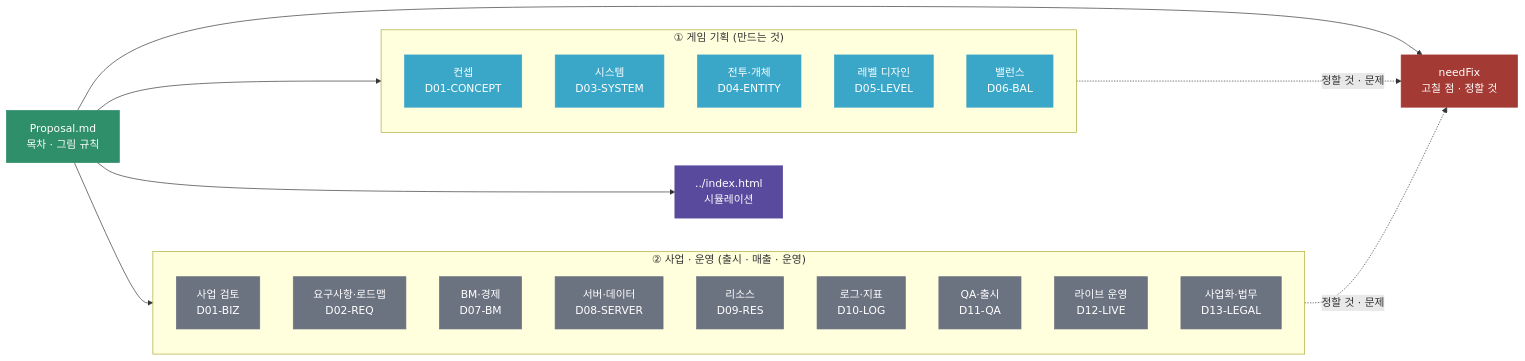
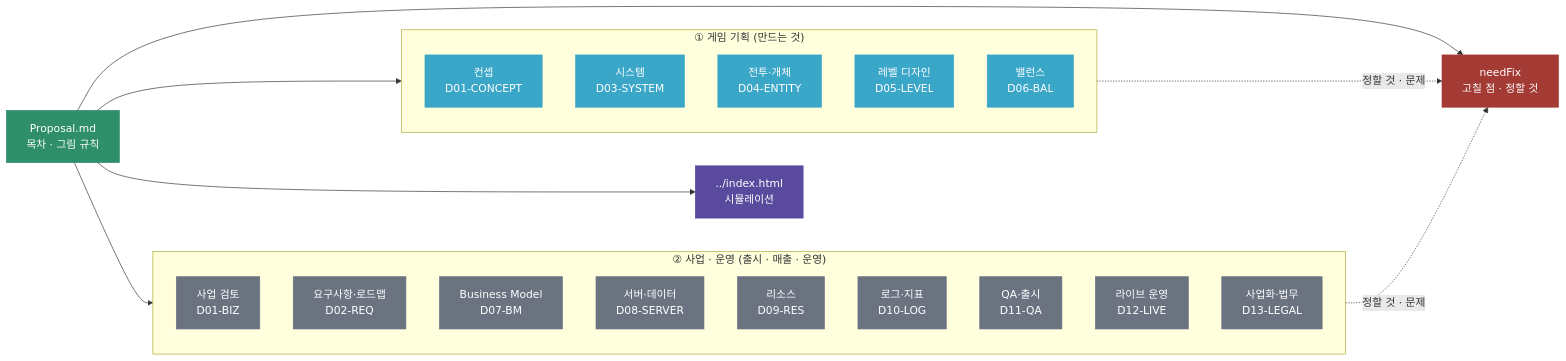
Before and after one commit to mijin1996/game-VR-Bowling: the diagram in docs/Proposal/Proposal.md, drawn with Mermaid. The commit also changed other lines of this file, not shown here.

Commit message:
docs(Proposal): 담당을 직무로, 관련 문서를 링크로, 용어 정리 (Business Model · 기획서 기준)

````diff
--- a/docs/Proposal/Proposal.md
+++ b/docs/Proposal/Proposal.md
@@ -38,37 +51,37 @@
 ```mermaid
 flowchart LR
   P["Proposal.md<br/>목차 · 그림 규칙"]:::scene
   subgraph G1["① 게임 기획 (만드는 것)"]
     direction TB
     D01_CONCEPT["컨셉<br/>D01-CONCEPT"]:::script
     D03_SYSTEM["시스템<br/>D03-SYSTEM"]:::script
     D04_ENTITY["전투·개체<br/>D04-ENTITY"]:::script
     D05_LEVEL["레벨 디자인<br/>D05-LEVEL"]:::script
     D06_BAL["밸런스<br/>D06-BAL"]:::script
   end
   subgraph G2["② 사업 · 운영 (출시 · 매출 · 운영)"]
     direction TB
     D01_BIZ["사업 검토<br/>D01-BIZ"]:::obj
     D02_REQ["요구사항·로드맵<br/>D02-REQ"]:::obj
-    D07_BM["BM·경제<br/>D07-BM"]:::obj
+    D07_BM["Business Model<br/>D07-BM"]:::obj
     D08_SERVER["서버·데이터<br/>D08-SERVER"]:::obj
     D09_RES["리소스<br/>D09-RES"]:::obj
     D10_LOG["로그·지표<br/>D10-LOG"]:::obj
     D11_QA["QA·출시<br/>D11-QA"]:::obj
     D12_LIVE["라이브 운영<br/>D12-LIVE"]:::obj
     D13_LEGAL["사업화·법무<br/>D13-LEGAL"]:::obj
   end
   FIX["needFix<br/>고칠 점 · 정할 것"]:::data
   SIM["../index.html<br/>시뮬레이션"]:::ui
   P --> G1
   P --> G2
   P --> FIX
   P --> SIM
   G1 -.->|"정할 것 · 문제"| FIX
   G2 -.->|"정할 것 · 문제"| FIX
   classDef scene fill:#2F8F6B,color:#fff,stroke:#2F8F6B
   classDef script fill:#3AA6C8,color:#fff,stroke:#3AA6C8
   classDef obj fill:#6B7280,color:#fff,stroke:#6B7280
   classDef ui fill:#5A4A9E,color:#fff,stroke:#5A4A9E
   classDef data fill:#A33A33,color:#fff,stroke:#A33A33
 ```
````
